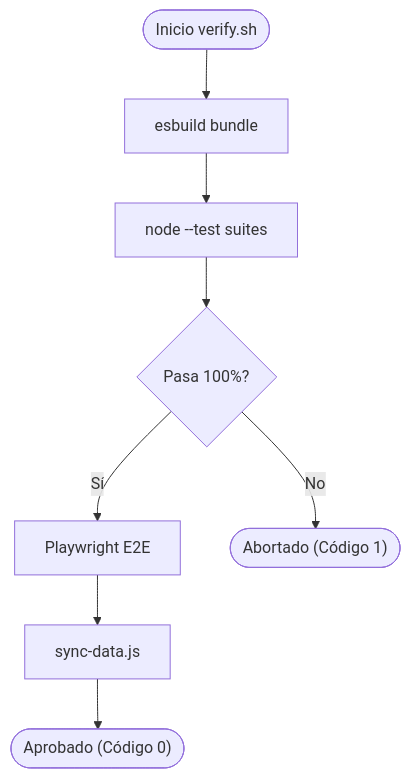
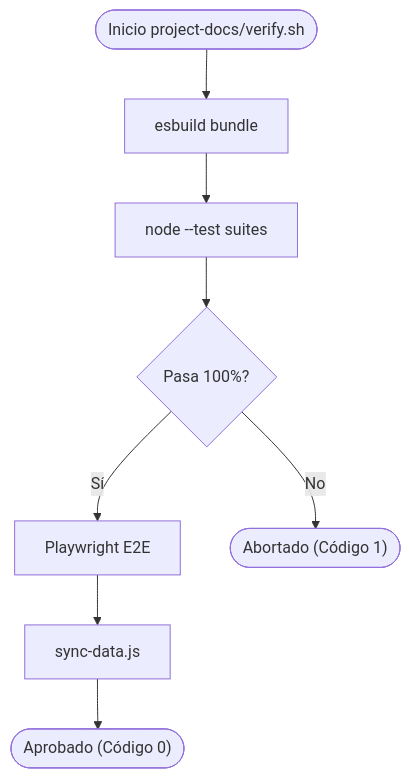
The fifth of 6 diagrams in project-docs/knowledge/modules/testing-qa-suite/diagrams.md (Nayid4/ContextForge), drawn with Mermaid before and after one commit. The commit also changed other lines of this file and 106 other files, not shown here.

Commit message:
feat(harness): encapsulate specs, verify.sh and project-spec in project-docs

````diff
--- a/project-docs/knowledge/modules/testing-qa-suite/diagrams.md
+++ b/project-docs/knowledge/modules/testing-qa-suite/diagrams.md
@@ -100,19 +100,19 @@
 ```mermaid
 flowchart TD
-  actStart(["Inicio verify.sh"])
+  actStart(["Inicio project-docs/verify.sh"])
   actBuild["esbuild bundle"]
   actTests["node --test suites"]
   checkPass{"Pasa 100%?"}
   actPlaywright["Playwright E2E"]
   actSync["sync-data.js"]
   actGreen(["Aprobado (Código 0)"])
   actRed(["Abortado (Código 1)"])
 
   actStart --> actBuild
   actBuild --> actTests
   actTests --> checkPass
   checkPass -->|No| actRed
   checkPass -->|Sí| actPlaywright
   actPlaywright --> actSync
   actSync --> actGreen
 ```
````
